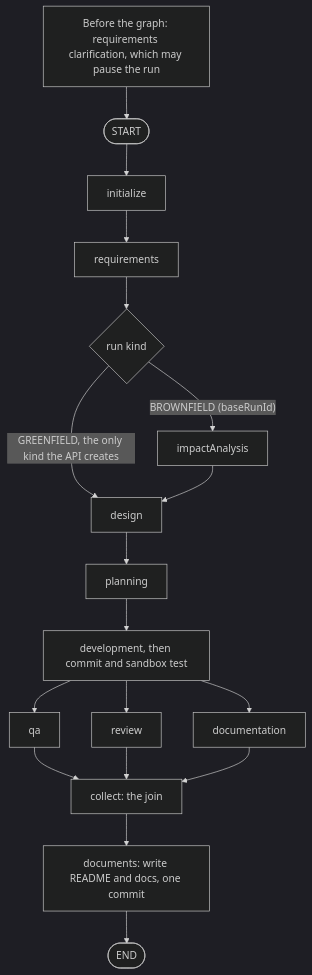
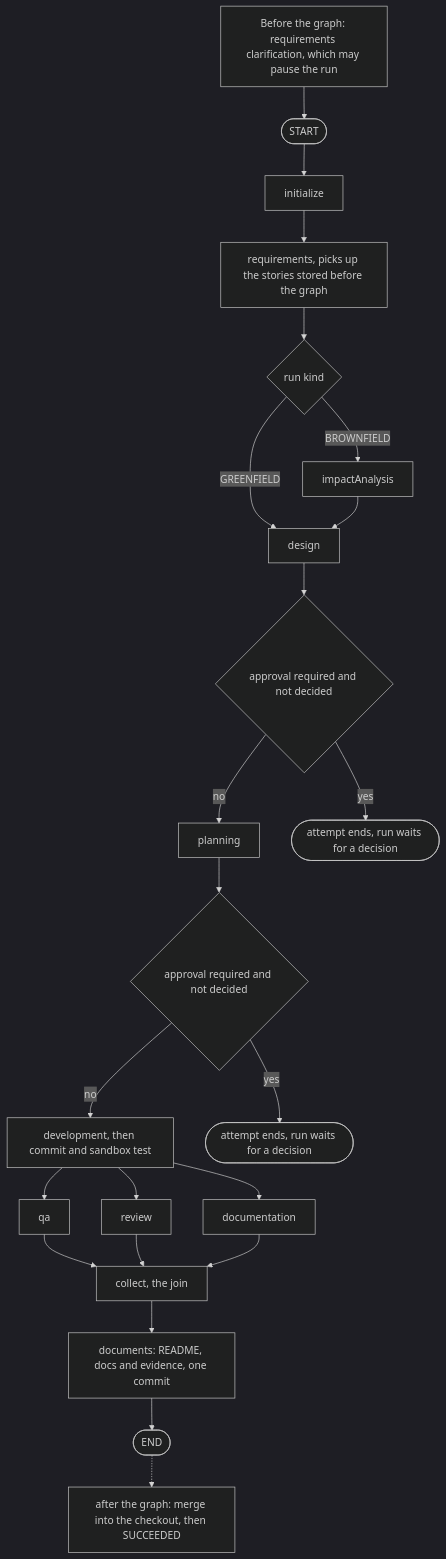
Before and after one commit to bereket1144/ai-sdlc-url-shortner: the second of 4 diagrams in docs/platform/architecture.md, drawn with Mermaid (dark theme). The commit also changed other lines of this file and 22 other files, not shown here.

````diff
--- a/docs/platform/architecture.md
+++ b/docs/platform/architecture.md
@@ -92,20 +102,25 @@
 ```mermaid
 flowchart TD
     Pre["Before the graph: requirements clarification, which may pause the run"] --> Entry(["START"])
     Entry --> Init["initialize"]
-    Init --> Req["requirements"]
+    Init --> Req["requirements, picks up the stories stored before the graph"]
     Req --> Kind{"run kind"}
-    Kind -->|"GREENFIELD, the only kind the API creates"| Design["design"]
-    Kind -->|"BROWNFIELD (baseRunId)"| Impact["impactAnalysis"]
+    Kind -->|"GREENFIELD"| Design["design"]
+    Kind -->|"BROWNFIELD"| Impact["impactAnalysis"]
     Impact --> Design
-    Design --> Plan["planning"]
-    Plan --> Dev["development, then commit and sandbox test"]
+    Design --> AppD{"approval required and not decided"}
+    AppD -->|"no"| Plan["planning"]
+    AppD -->|"yes"| Wait1(["attempt ends, run waits for a decision"])
+    Plan --> AppP{"approval required and not decided"}
+    AppP -->|"no"| Dev["development, then commit and sandbox test"]
+    AppP -->|"yes"| Wait2(["attempt ends, run waits for a decision"])
     Dev --> QA["qa"]
     Dev --> Review["review"]
     Dev --> Doc["documentation"]
-    QA --> Collect["collect: the join"]
+    QA --> Collect["collect, the join"]
     Review --> Collect
     Doc --> Collect
-    Collect --> Docs["documents: write README and docs, one commit"]
+    Collect --> Docs["documents: README, docs and evidence, one commit"]
     Docs --> Done(["END"])
+    Done -.-> Deliver["after the graph: merge into the checkout, then SUCCEEDED"]
 ```
````
